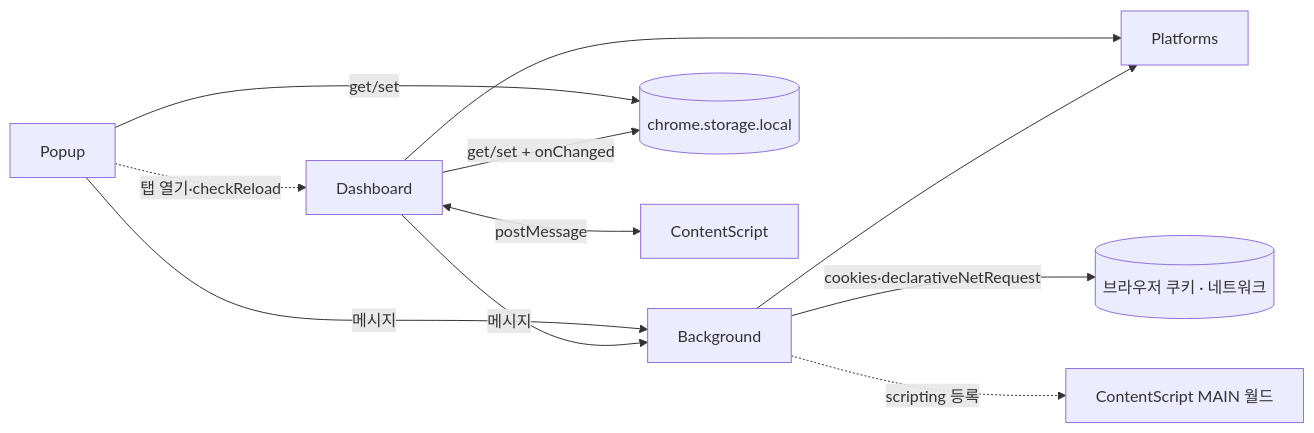
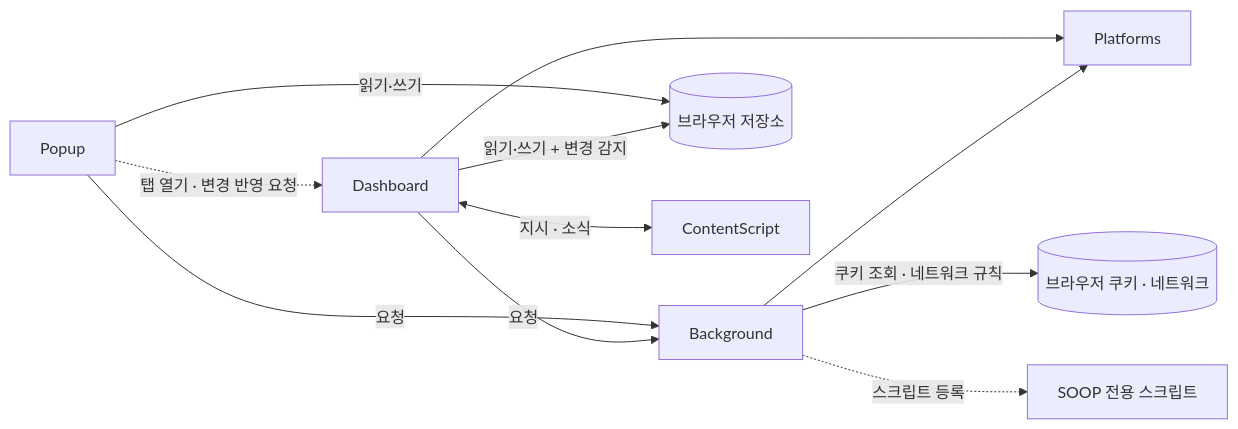
The diagram in document/Architecture.md (QYnote/ChzzkMultiViewer), drawn with Mermaid before and after one commit. The commit also changed other lines of this file and 11 other files, not shown here.

````diff
--- a/document/Architecture.md
+++ b/document/Architecture.md
@@ -26,15 +26,15 @@
 ```mermaid
 graph LR
-  Popup -->|메시지| Background
-  Popup -->|get/set| Storage[(chrome.storage.local)]
-  Popup -.->|탭 열기·checkReload| Dashboard
+  Popup -->|요청| Background
+  Popup -->|읽기·쓰기| Storage[(브라우저 저장소)]
+  Popup -.->|탭 열기 · 변경 반영 요청| Dashboard
 
   Dashboard --> Platforms
-  Dashboard -->|메시지| Background
-  Dashboard -->|get/set + onChanged| Storage
-  Dashboard <-->|postMessage| ContentScript
+  Dashboard -->|요청| Background
+  Dashboard -->|읽기·쓰기 + 변경 감지| Storage
+  Dashboard <-->|지시 · 소식| ContentScript
 
   Background --> Platforms
-  Background -->|cookies·declarativeNetRequest| BrowserNet[(브라우저 쿠키 · 네트워크)]
-  Background -.->|scripting 등록| ContentScriptMain[ContentScript MAIN 월드]
+  Background -->|쿠키 조회 · 네트워크 규칙| BrowserNet[(브라우저 쿠키 · 네트워크)]
+  Background -.->|스크립트 등록| ContentScriptMain[SOOP 전용 스크립트]
 ```
````
